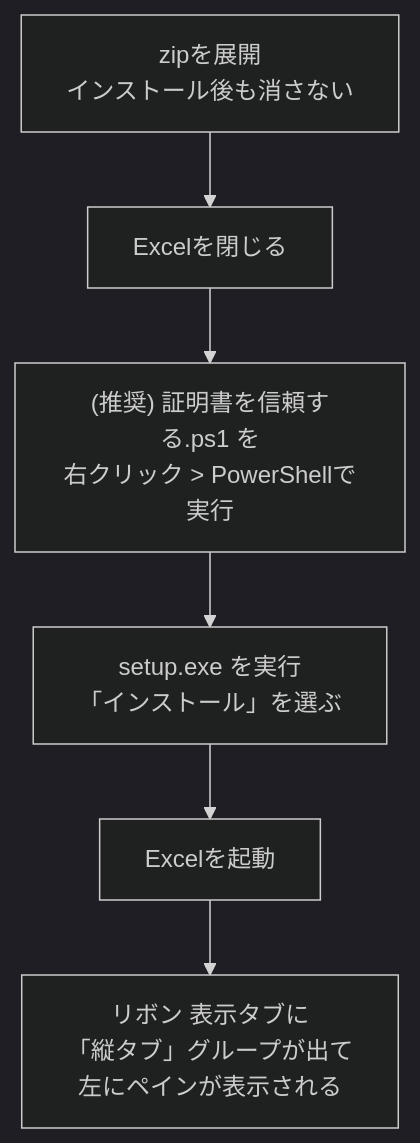
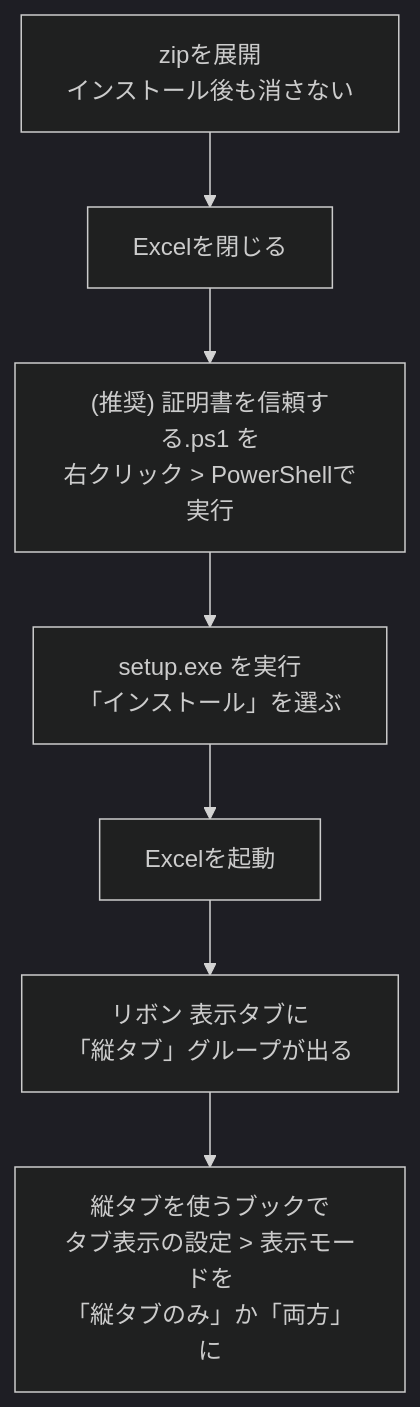
One commit to nk-taka623/VerticalSheetTabs changed the first of 4 diagrams in README.md. Above: the diagram before and after it, drawn with Mermaid (dark theme). The commit also changed other lines of this file and 7 other files, not shown here.

````diff
--- a/README.md
+++ b/README.md
@@ -266,8 +267,9 @@
 ```mermaid
 flowchart TD
     A[zipを展開<br/>インストール後も消さない] --> B[Excelを閉じる]
     B --> C["(推奨) 証明書を信頼する.ps1 を<br/>右クリック > PowerShellで実行"]
     C --> D[setup.exe を実行<br/>「インストール」を選ぶ]
     D --> E[Excelを起動]
-    E --> F[リボン 表示タブに<br/>「縦タブ」グループが出て<br/>左にペインが表示される]
+    E --> F[リボン 表示タブに<br/>「縦タブ」グループが出る]
+    F --> G[縦タブを使うブックで<br/>タブ表示の設定 > 表示モードを<br/>「縦タブのみ」か「両方」に]
 ```
````
